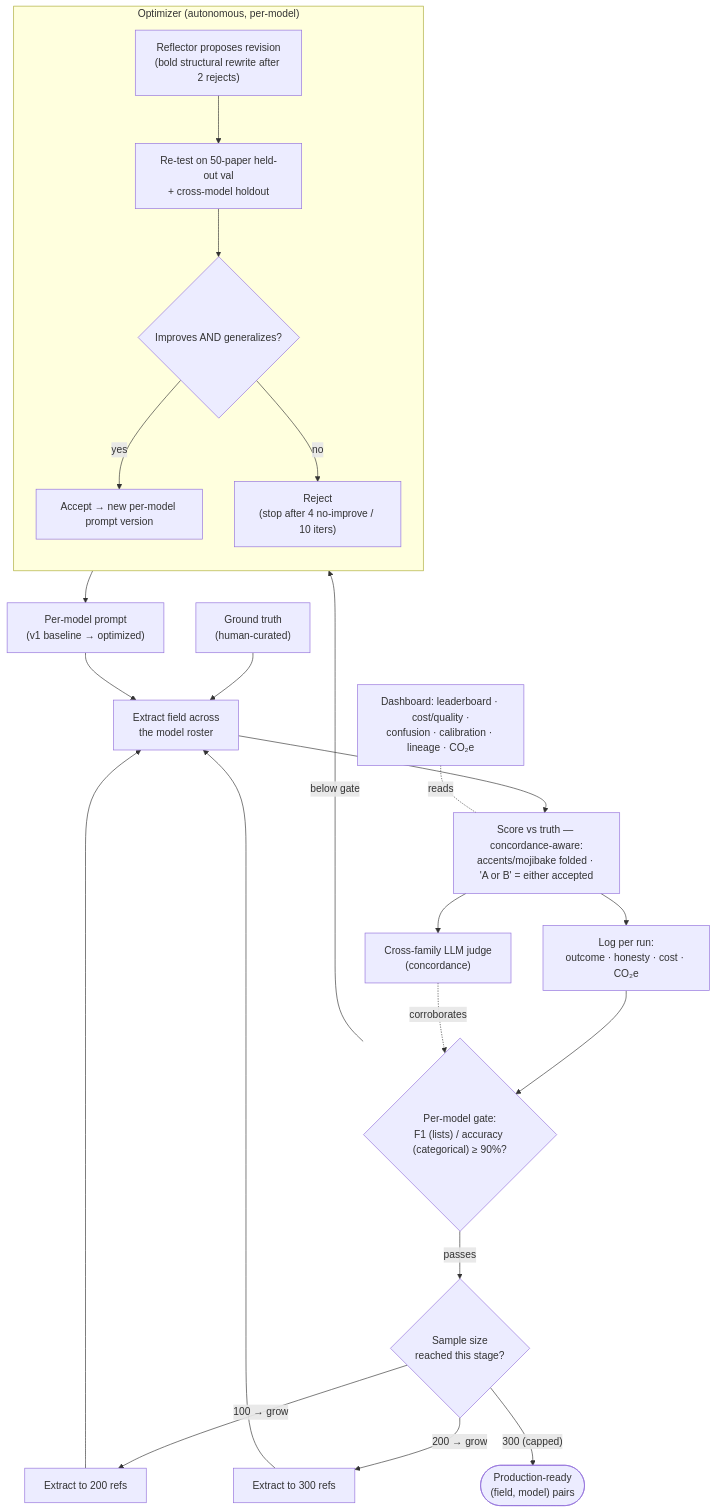
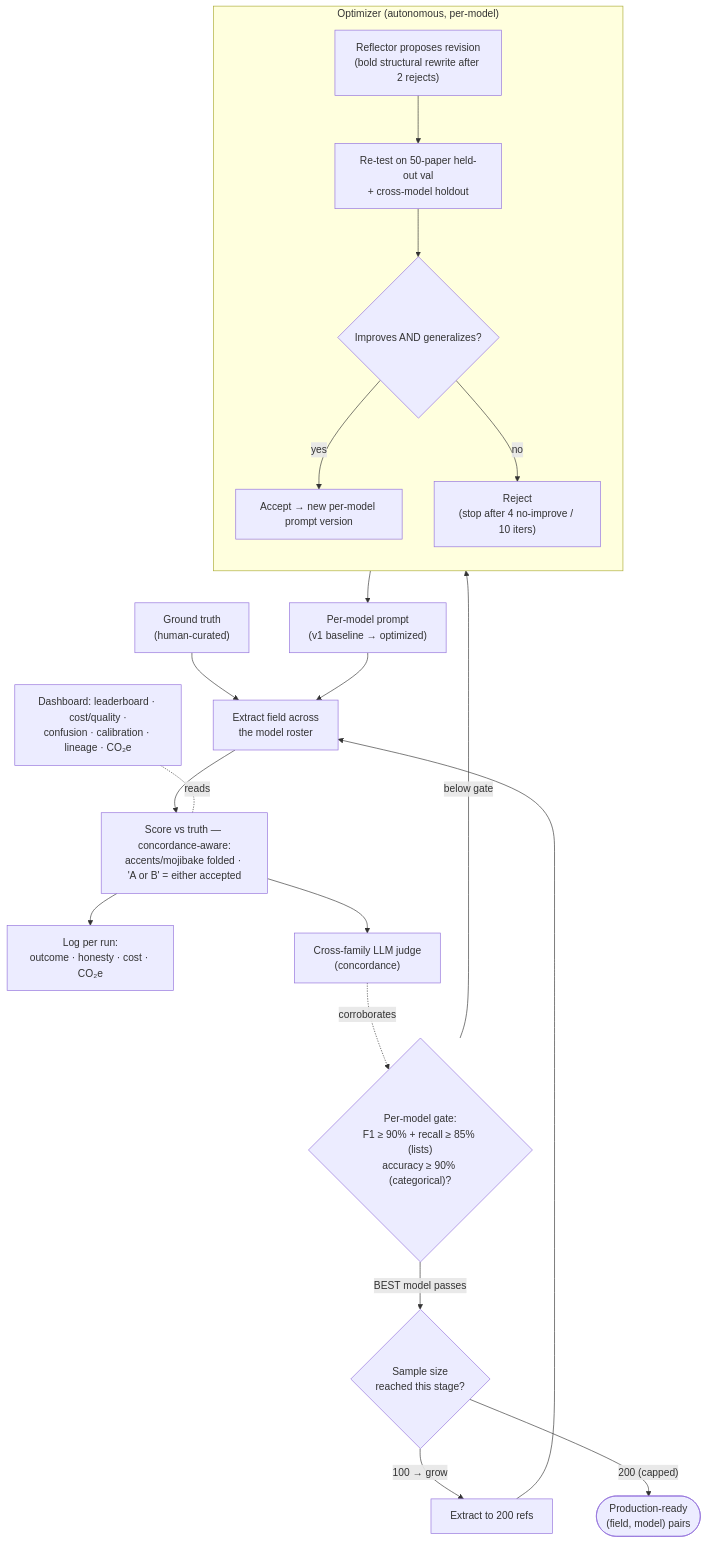
Before and after one commit to lsempe77/promptlab: the first of 2 diagrams in backend/README.md, drawn with Mermaid. The commit also changed other lines of this file and 3 other files, not shown here.

````diff
--- a/backend/README.md
+++ b/backend/README.md
@@ -28,26 +32,24 @@
 ```mermaid
 flowchart TD
     GT["Ground truth<br/>(human-curated)"] --> EX
     P["Per-model prompt<br/>(v1 baseline → optimized)"] --> EX["Extract field across<br/>the model roster"]
     EX --> SC["Score vs truth — concordance-aware:<br/>accents/mojibake folded · 'A or B' = either accepted"]
     SC --> LOG["Log per run:<br/>outcome · honesty · cost · CO₂e"]
     SC --> JUDGE["Cross-family LLM judge<br/>(concordance)"]
-    LOG --> GATE{"Per-model gate:<br/>F1 (lists) / accuracy (categorical) ≥ 90%?"}
+    GATE{"Per-model gate:<br/>F1 ≥ 90% + recall ≥ 85% (lists)<br/>accuracy ≥ 90% (categorical)?"}
     JUDGE -. corroborates .-> GATE
     GATE -- "below gate" --> REFLECT
-    GATE -- "passes" --> STAGE{"Sample size<br/>reached this stage?"}
+    GATE -- "BEST model passes" --> STAGE{"Sample size<br/>reached this stage?"}
     STAGE -- "100 → grow" --> G200["Extract to 200 refs"]
-    STAGE -- "200 → grow" --> G300["Extract to 300 refs"]
-    STAGE -- "300 (capped)" --> DONE(["Production-ready<br/>(field, model) pairs"])
+    STAGE -- "200 (capped)" --> DONE(["Production-ready<br/>(field, model) pairs"])
     G200 --> EX
-    G300 --> EX
     subgraph OPT["Optimizer (autonomous, per-model)"]
       direction TB
       REFLECT["Reflector proposes revision<br/>(bold structural rewrite after 2 rejects)"] --> RETEST["Re-test on 50-paper held-out val<br/>+ cross-model holdout"]
       RETEST --> ACC{"Improves AND generalizes?"}
       ACC -- "yes" --> ACCEPT["Accept → new per-model prompt version"]
       ACC -- "no" --> REJECT["Reject<br/>(stop after 4 no-improve / 10 iters)"]
     end
     ACCEPT --> P
     DASH["Dashboard: leaderboard · cost/quality ·<br/>confusion · calibration · lineage · CO₂e"] -.reads.- SC
 ```
````
